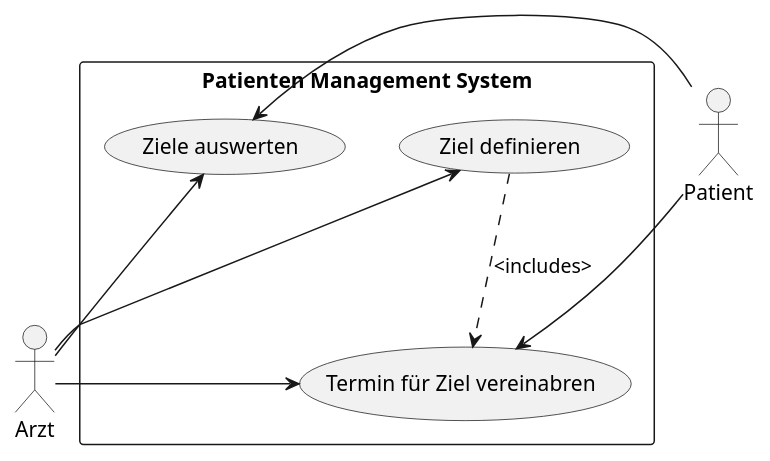
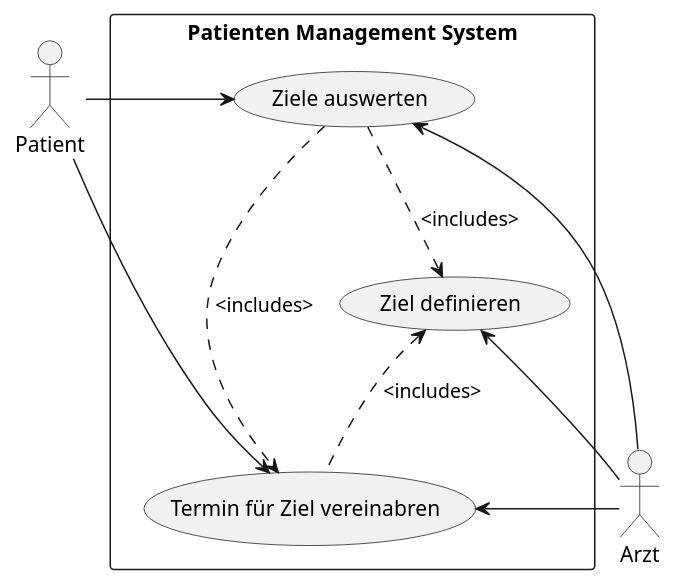
One commit to thetractor/ch.bfh.bti7081.s2019.orange changed the diagram in doc/task2/usecases/Zielvereinbarung.puml. Above: the diagram before and after it, drawn with PlantUML. The commit also changed 4 other files, not shown here.

Commit message:
Review usecase diagrams

```diff
--- a/doc/task2/usecases/Zielvereinbarung.puml
+++ b/doc/task2/usecases/Zielvereinbarung.puml
@@ -1,22 +1,24 @@
 @startuml
 actor Arzt
 actor Patient
 
 rectangle "Patienten Management System" as pms{
     (Ziel definieren) as goal
     (Termin für Ziel vereinabren) as date
     (Ziele auswerten) as evaluate
 
-    goal ..> date: <includes>
+    goal <.. date: <includes>
+    evaluate ..> goal: <includes>
+    evaluate ..> date: <includes>
 }
 
 Arzt -left-> goal
 Arzt -left-> date
 Arzt -left-> evaluate
 
 Patient -right-> date
 Patient -right-> evaluate
 
 
 
 @enduml
```
